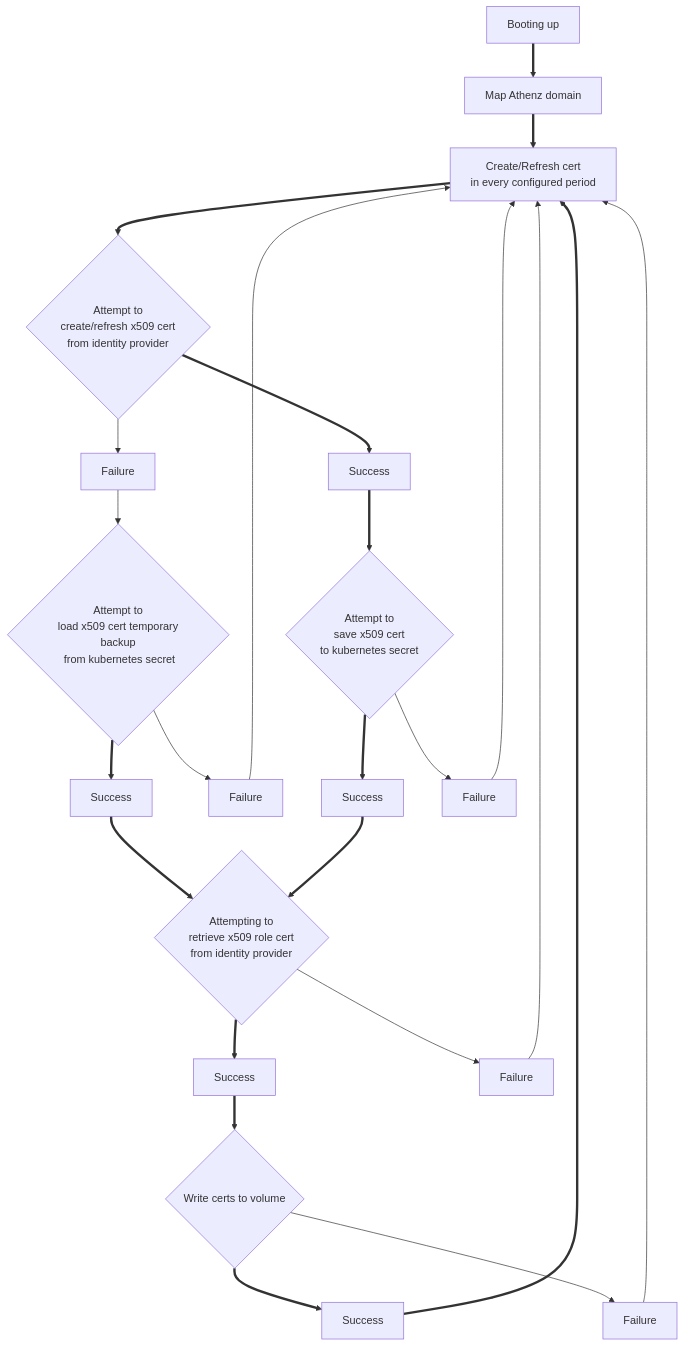
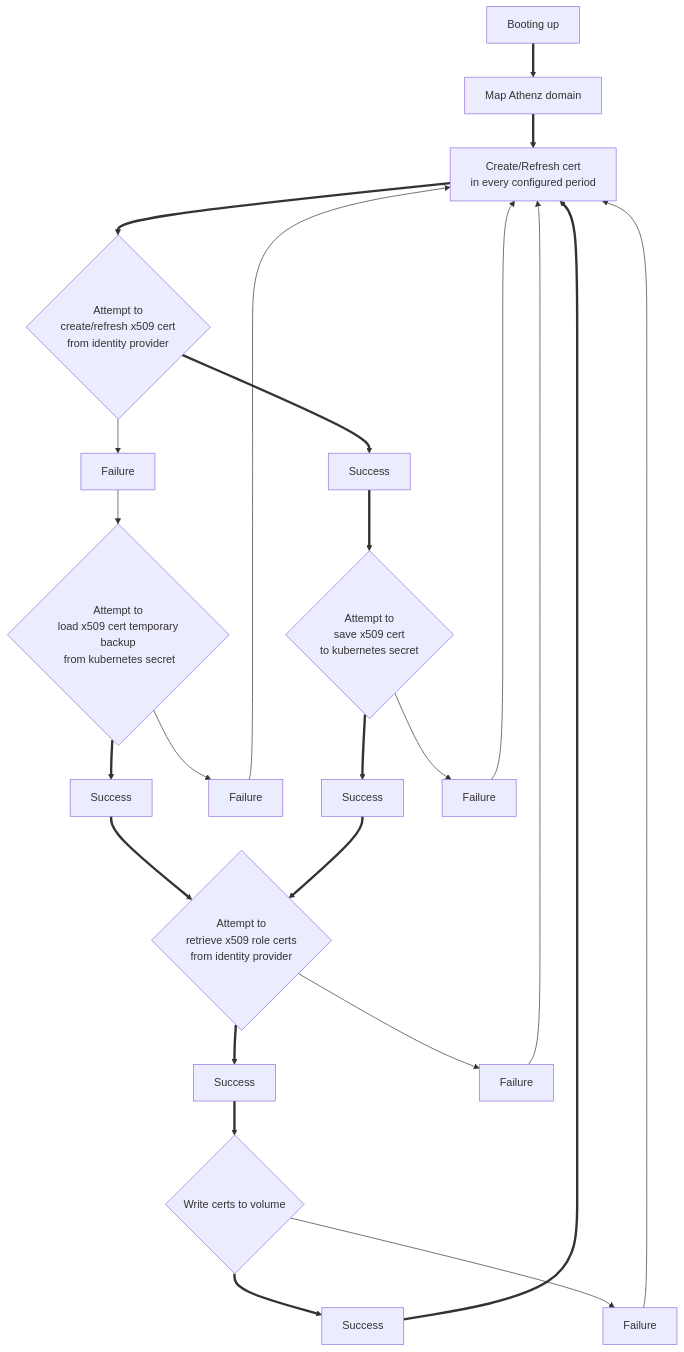
Before and after one commit to AthenZ/k8s-athenz-sia: the diagram in README.md, drawn with Mermaid. The commit also changed 1 other file, not shown here.

Commit message:
Fixed log printing for role certificates

````diff
--- a/README.md
+++ b/README.md
@@ -5,26 +5,26 @@
 ```mermaid
   graph TD;
       A[Booting up]==>B[Map Athenz domain];
       B==>C[Create/Refresh cert<br/> in every configured period];
       C==>D{Attempt to<br/> create/refresh x509 cert<br/> from identity provider};
       D==>E[Success];
       D-->E'[Failure];
       E'-->F{Attempt to<br/> load x509 cert temporary backup<br/> from kubernetes secret}
       F==>G[Success];
       G==>J
       F-->G'[Failure];
       G'-->C
       E==>H{Attempt to<br/> save x509 cert<br/> to kubernetes secret};
       H==>I[Success];
       H-->I'[Failure];
       I'-->C
-      I==>J{Attempting to<br/> retrieve x509 role cert<br/> from identity provider};
+      I==>J{Attempt to<br/> retrieve x509 role certs<br/> from identity provider};
       J==>K[Success];
       J-->K'[Failure];
       K'-->C
       K==>L{Write certs to volume}
       L==>M[Success];
       L-->M'[Failure];
       M'-->C
       M==>C
 ```
````
